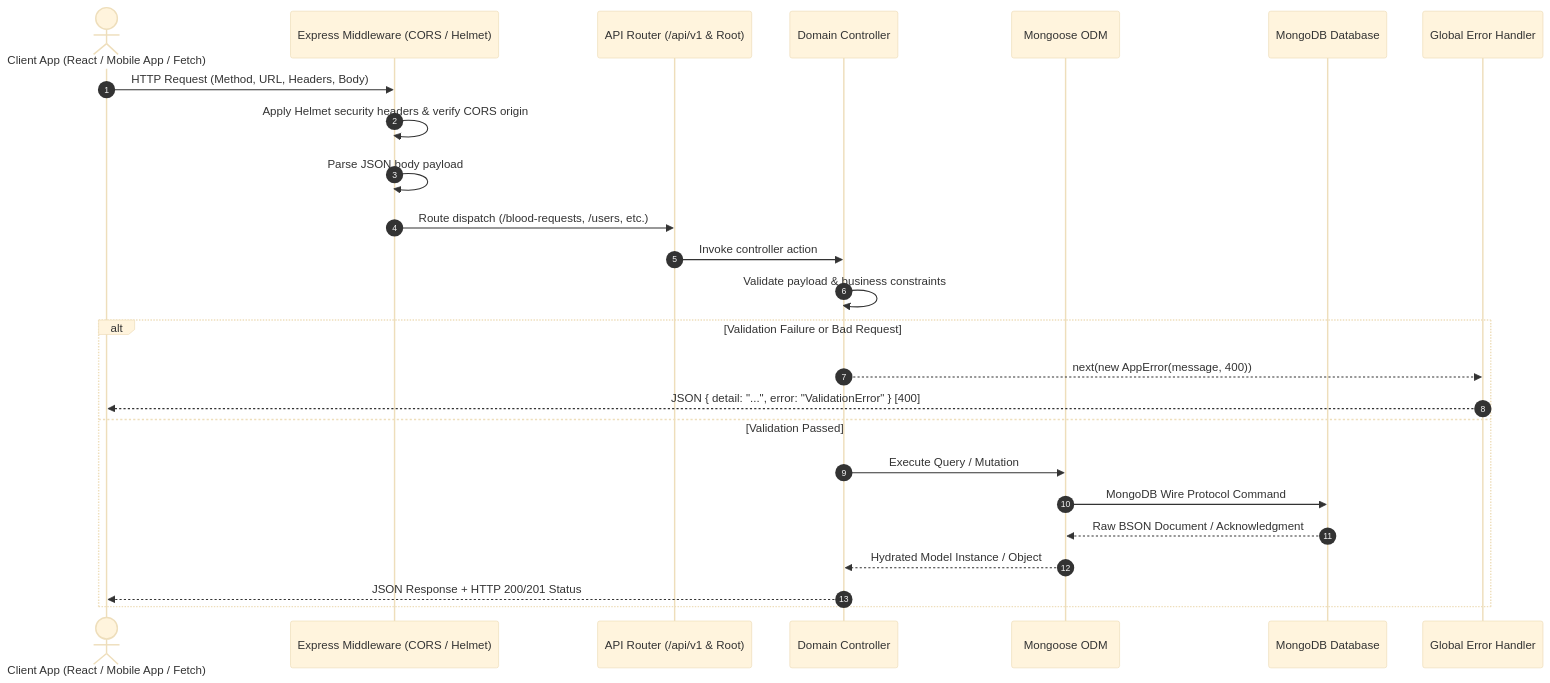
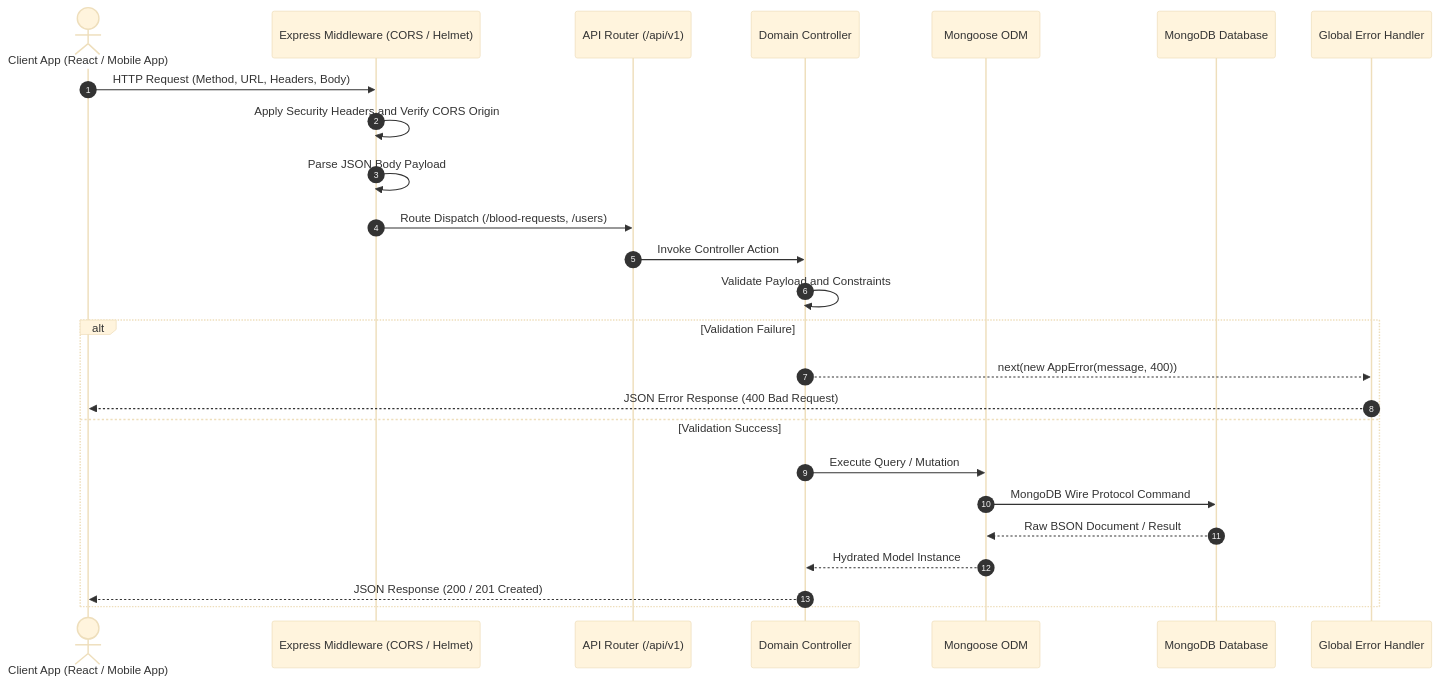
One commit to Next-Gen-Coder-2007/LifeLink-Blood-Donation-and-Emergency-Blood-Matching-System changed the second of 7 diagrams in README.md. Above: the diagram before and after it, drawn with Mermaid (base theme). The commit also changed other lines of this file, not shown here.

Commit message:
docs(readme): fix mermaid syntax across all 7 diagrams and expand DBMS query catalog

````diff
--- a/README.md
+++ b/README.md
@@ -134,29 +135,29 @@
 ```mermaid
 sequenceDiagram
     autonumber
-    actor Client as Client App (React / Mobile App / Fetch)
+    actor Client as Client App (React / Mobile App)
     participant MW as Express Middleware (CORS / Helmet)
-    participant Router as API Router (/api/v1 & Root)
+    participant Router as API Router (/api/v1)
     participant Controller as Domain Controller
     participant Model as Mongoose ODM
     participant DB as MongoDB Database
     participant ErrorMW as Global Error Handler
 
     Client->>MW: HTTP Request (Method, URL, Headers, Body)
-    MW->>MW: Apply Helmet security headers & verify CORS origin
-    MW->>MW: Parse JSON body payload
-    MW->>Router: Route dispatch (/blood-requests, /users, etc.)
-    Router->>Controller: Invoke controller action
-    Controller->>Controller: Validate payload & business constraints
+    MW->>MW: Apply Security Headers and Verify CORS Origin
+    MW->>MW: Parse JSON Body Payload
+    MW->>Router: Route Dispatch (/blood-requests, /users)
+    Router->>Controller: Invoke Controller Action
+    Controller->>Controller: Validate Payload and Constraints
 
-    alt Validation Failure or Bad Request
+    alt Validation Failure
         Controller-->>ErrorMW: next(new AppError(message, 400))
-        ErrorMW-->>Client: JSON { detail: "...", error: "ValidationError" } [400]
-    else Validation Passed
+        ErrorMW-->>Client: JSON Error Response (400 Bad Request)
+    else Validation Success
         Controller->>Model: Execute Query / Mutation
         Model->>DB: MongoDB Wire Protocol Command
-        DB-->>Model: Raw BSON Document / Acknowledgment
-        Model-->>Controller: Hydrated Model Instance / Object
-        Controller-->>Client: JSON Response + HTTP 200/201 Status
+        DB-->>Model: Raw BSON Document / Result
+        Model-->>Controller: Hydrated Model Instance
+        Controller-->>Client: JSON Response (200 / 201 Created)
     end
 ```
````
